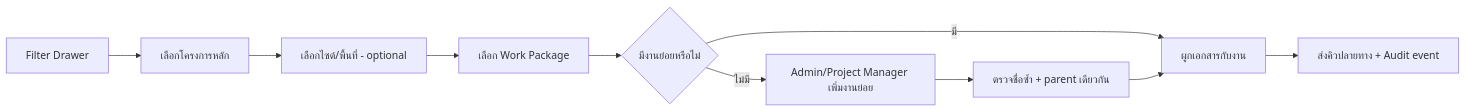
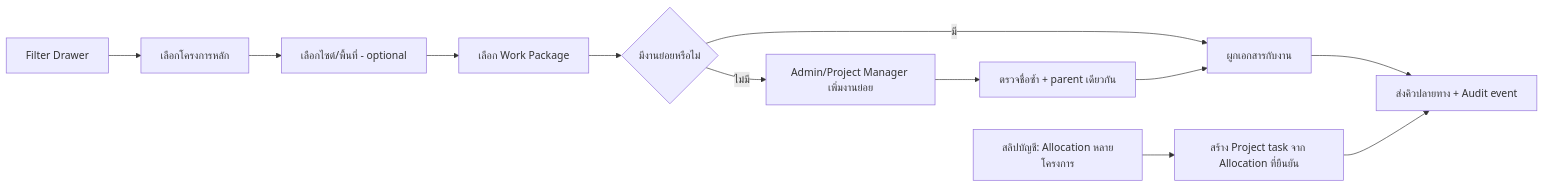
The first of 2 diagrams in docs/PROJECT_WORK_PACKAGE_FLOW.md (paramonjong-afk/WisdomAI), drawn with Mermaid before and after one commit. The commit also changed other lines of this file and 9 other files, not shown here.

````diff
--- a/docs/PROJECT_WORK_PACKAGE_FLOW.md
+++ b/docs/PROJECT_WORK_PACKAGE_FLOW.md
@@ -3,12 +3,14 @@
 ```mermaid
 flowchart LR
   A[Filter Drawer] --> B[เลือกโครงการหลัก]
   B --> C[เลือกไซต์/พื้นที่ - optional]
   C --> D[เลือก Work Package]
   D --> E{มีงานย่อยหรือไม่}
   E -->|มี| F[ผูกเอกสารกับงาน]
   E -->|ไม่มี| G[Admin/Project Manager เพิ่มงานย่อย]
   G --> H[ตรวจชื่อซ้ำ + parent เดียวกัน]
   H --> F
   F --> I[ส่งคิวปลายทาง + Audit event]
+  J[สลิปบัญชี: Allocation หลายโครงการ] --> K[สร้าง Project task จาก Allocation ที่ยืนยัน]
+  K --> I
 ```
````
